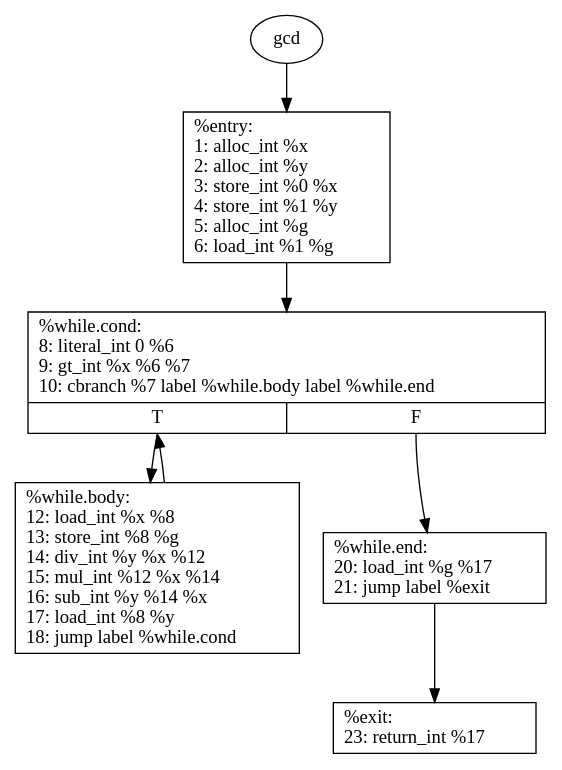
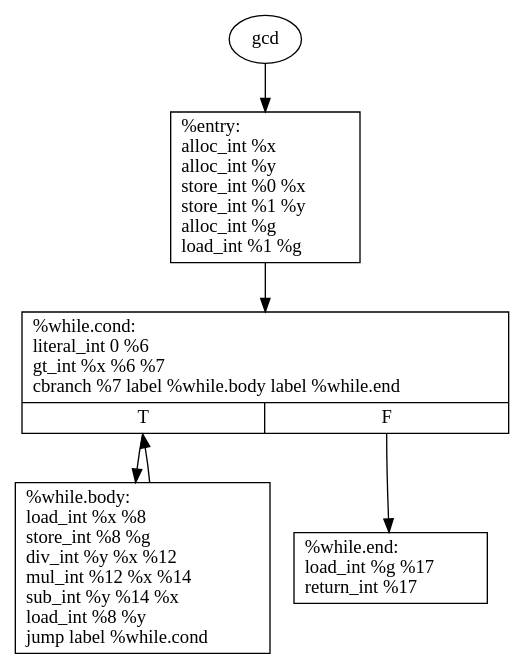
Before and after one commit to barddes/ply-python-compiler: the diagram in gcd.gv, drawn with Graphviz. The commit also changed 9 other files, not shown here.

```diff
--- a/gcd.gv
+++ b/gcd.gv
@@ -1,15 +1,13 @@
 digraph g {
 	node [shape=record]
 	gcd [shape=ellipse]
 	gcd -> "%entry"
-	"%entry" [label="{%entry:\l	1:   alloc_int %x \l	2:   alloc_int %y \l	3:   store_int %0 %x \l	4:   store_int %1 %y \l	5:   alloc_int %g \l	6:   load_int %1 %g \l	}"]
+	"%entry" [label="{%entry:\l	  alloc_int %x \l	  alloc_int %y \l	  store_int %0 %x \l	  store_int %1 %y \l	  alloc_int %g \l	  load_int %1 %g \l	}"]
 	"%entry" -> "%while.cond"
-	"%while.cond" [label="{%while.cond:\l	8:   literal_int 0 %6 \l	9:   gt_int %x %6 %7 \l	10:   cbranch %7 label %while.body label %while.end\l	|{<f0>T|<f1>F}}"]
+	"%while.cond" [label="{%while.cond:\l	  literal_int 0 %6 \l	  gt_int %x %6 %7 \l	  cbranch %7 label %while.body label %while.end\l	|{<f0>T|<f1>F}}"]
 	"%while.cond":f0 -> "%while.body"
 	"%while.cond":f1 -> "%while.end"
-	"%while.body" [label="{%while.body:\l	12:   load_int %x %8 \l	13:   store_int %8 %g \l	14:   div_int %y %x %12 \l	15:   mul_int %12 %x %14 \l	16:   sub_int %y %14 %x \l	17:   load_int %8 %y \l	18:   jump label %while.cond\l	}"]
+	"%while.body" [label="{%while.body:\l	  load_int %x %8 \l	  store_int %8 %g \l	  div_int %y %x %12 \l	  mul_int %12 %x %14 \l	  sub_int %y %14 %x \l	  load_int %8 %y \l	  jump label %while.cond\l	}"]
 	"%while.body" -> "%while.cond"
-	"%while.end" [label="{%while.end:\l	20:   load_int %g %17 \l	21:   jump label %exit\l	}"]
-	"%while.end" -> "%exit"
-	"%exit" [label="{%exit:\l	23:   return_int %17\l	}"]
+	"%while.end" [label="{%while.end:\l	  load_int %g %17 \l	  return_int %17\l	}"]
 }
```
